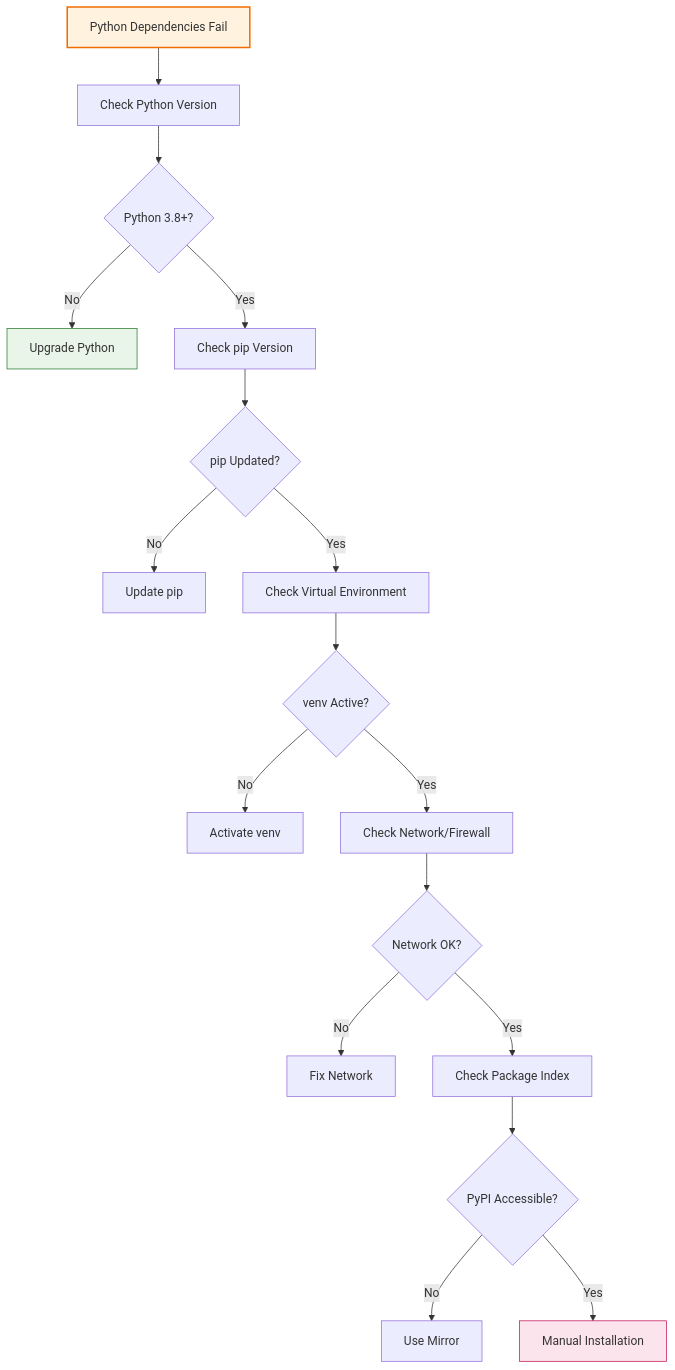
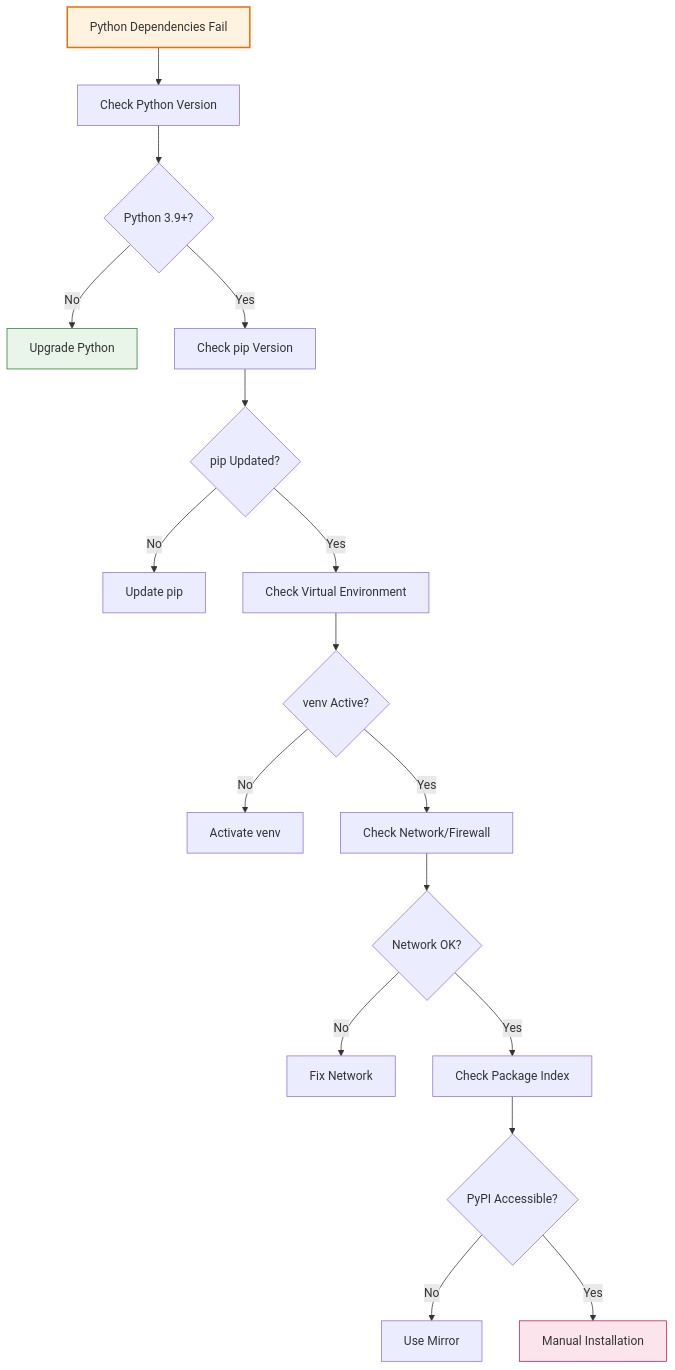
One commit to docxology/lean_niche changed the third of 10 diagrams in docs/troubleshooting.md. Above: the diagram before and after it, drawn with Mermaid. The commit also changed other lines of this file and 32 other files, not shown here.

````diff
--- a/docs/troubleshooting.md
+++ b/docs/troubleshooting.md
@@ -150,27 +150,27 @@
 ```mermaid
 graph TD
     A[Python Dependencies Fail] --> B[Check Python Version]
-    B --> C{Python 3.8+?}
+    B --> C{Python 3.9+?}
     C -->|No| D[Upgrade Python]
     C -->|Yes| E[Check pip Version]
 
     E --> F{pip Updated?}
     F -->|No| G[Update pip]
     F -->|Yes| H[Check Virtual Environment]
 
     H --> I{venv Active?}
     I -->|No| J[Activate venv]
     I -->|Yes| K[Check Network/Firewall]
 
     K --> L{Network OK?}
     L -->|No| M[Fix Network]
     L -->|Yes| N[Check Package Index]
 
     N --> O{PyPI Accessible?}
     O -->|No| P[Use Mirror]
     O -->|Yes| Q[Manual Installation]
 
     style A fill:#fff3e0,stroke:#ef6c00,stroke-width:2px
     style D fill:#e8f5e8,stroke:#2e7d32
     style Q fill:#fce4ec,stroke:#c2185b
 ```
````
